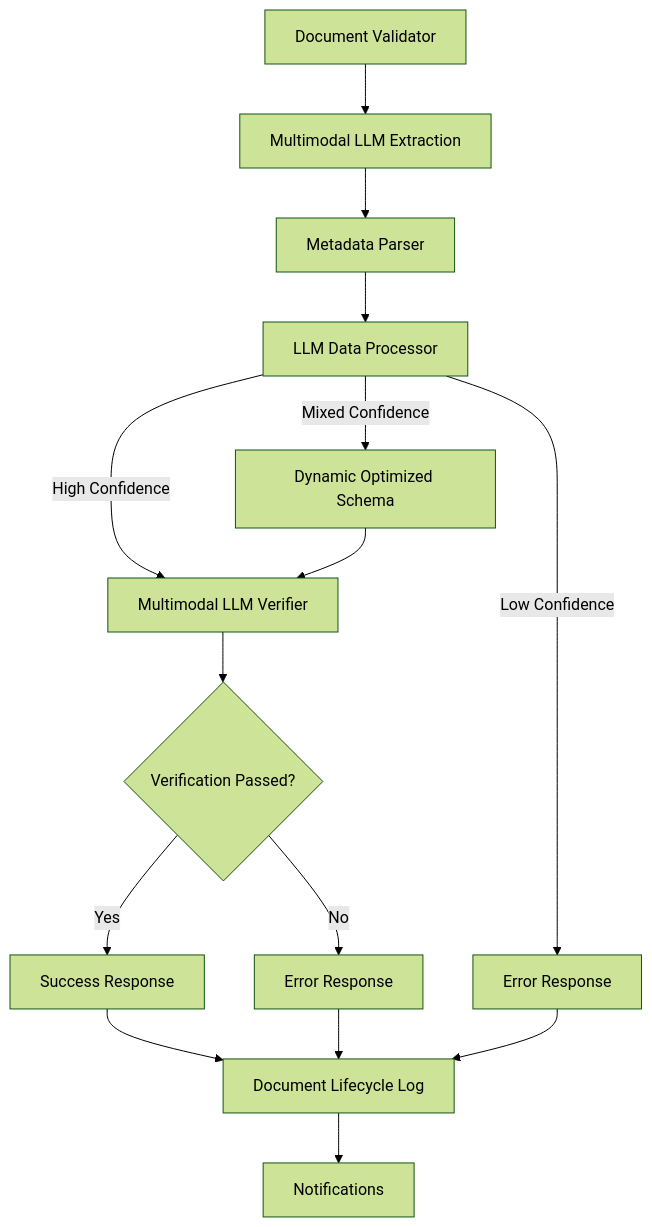
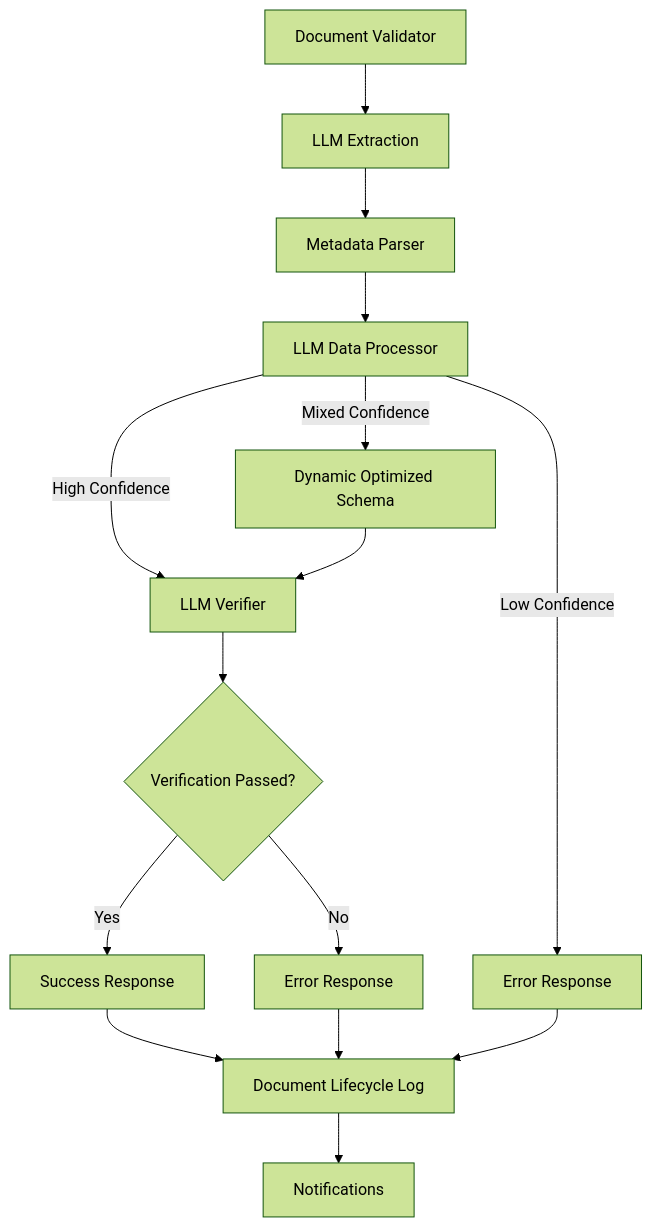
The diagram in V1_Linear_Flow/README.md (mpbrigham/materials-archive-extraction), drawn with Mermaid (forest theme) before and after one commit. The commit also changed other lines of this file and 2 other files, not shown here.

````diff
--- a/V1_Linear_Flow/README.md
+++ b/V1_Linear_Flow/README.md
@@ -11,17 +11,17 @@
 ```mermaid
 flowchart TD
-    A[Document Validator] --> B[Multimodal LLM Extraction]
+    A[Document Validator] --> B[LLM Extraction]
     B --> C[Metadata Parser]
     C --> D[LLM Data Processor]
-    D -->|High Confidence| E[Multimodal LLM Verifier]
+    D -->|High Confidence| E[LLM Verifier]
     D -->|Mixed Confidence| F[Dynamic Optimized Schema]
     D -->|Low Confidence| H[Error Response]
     F --> E
     E --> I{Verification Passed?}
     I -->|Yes| J[Success Response]
     I -->|No| K[Error Response]
     J --> L[Document Lifecycle Log]
     H --> L
     K --> L
     L --> M[Notifications]
 ```
````
